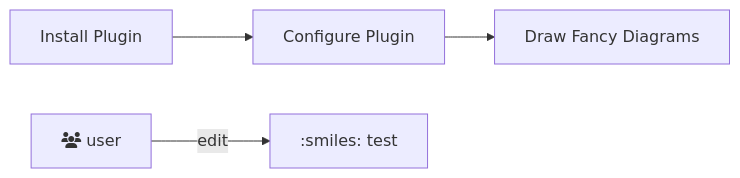
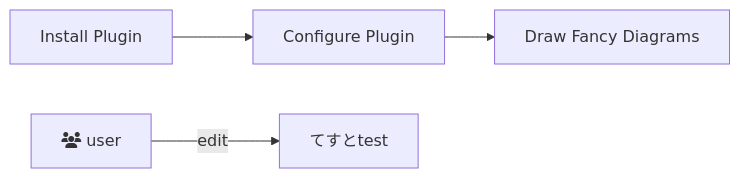
The first of 2 diagrams in content/blog/mermaid/index.md (ochisamu/ochisamu.info), drawn with Mermaid before and after one commit. The commit also changed other lines of this file and 8 other files, not shown here.

````diff
--- a/content/blog/mermaid/index.md
+++ b/content/blog/mermaid/index.md
@@ -16,7 +16,7 @@
 ```mermaid
 graph LR
 install[Install Plugin]
 install --> configure[Configure Plugin]
 configure --> draw[Draw Fancy Diagrams]
-user[fas:fa-users user] -- edit --> folder[:smiles: test]
+user[fas:fa-users user] -- edit --> folder[てすとtest]
 ```
````
